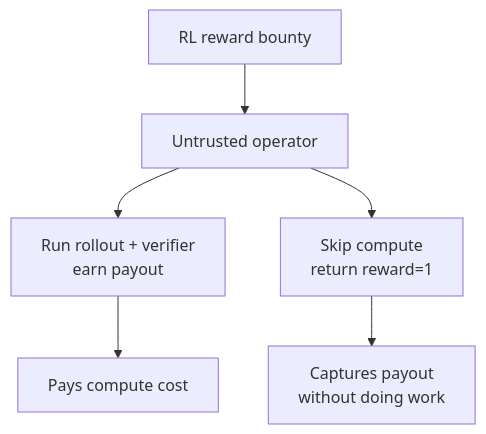
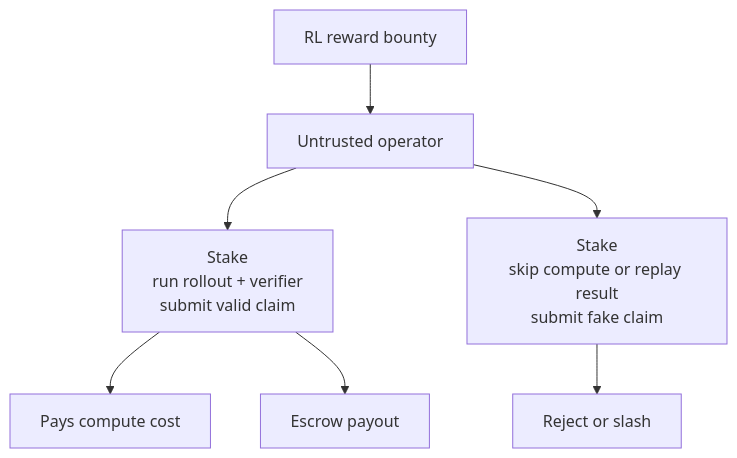
The fourth of 14 diagrams in why.md (arakoodev/SolRL), drawn with Mermaid before and after one commit. The commit also changed other lines of this file, not shown here.

````diff
--- a/why.md
+++ b/why.md
@@ -89,8 +103,9 @@
 ```mermaid
 flowchart TD
     Job["RL reward bounty"] --> Operator["Untrusted operator"]
-    Operator --> Honest["Run rollout + verifier<br/>earn payout"]
-    Operator --> Cheat["Skip compute<br/>return reward=1"]
+    Operator --> Honest["Stake<br/>run rollout + verifier<br/>submit valid claim"]
+    Operator --> Cheat["Stake<br/>skip compute or replay result<br/>submit fake claim"]
     Honest --> Cost["Pays compute cost"]
-    Cheat --> Fraud["Captures payout<br/>without doing work"]
+    Honest --> Payout["Escrow payout"]
+    Cheat --> Reject["Reject or slash"]
 ```
````
